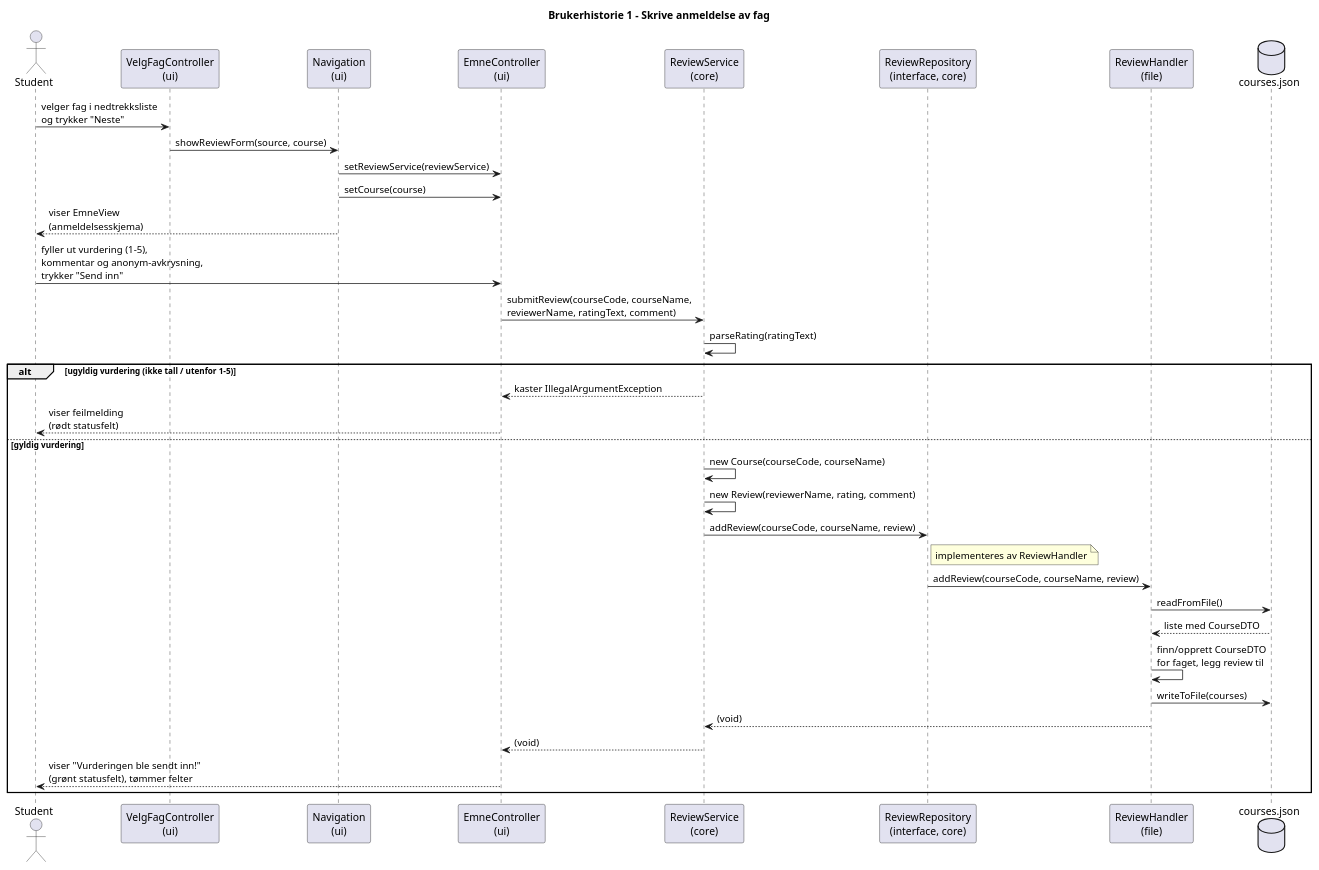
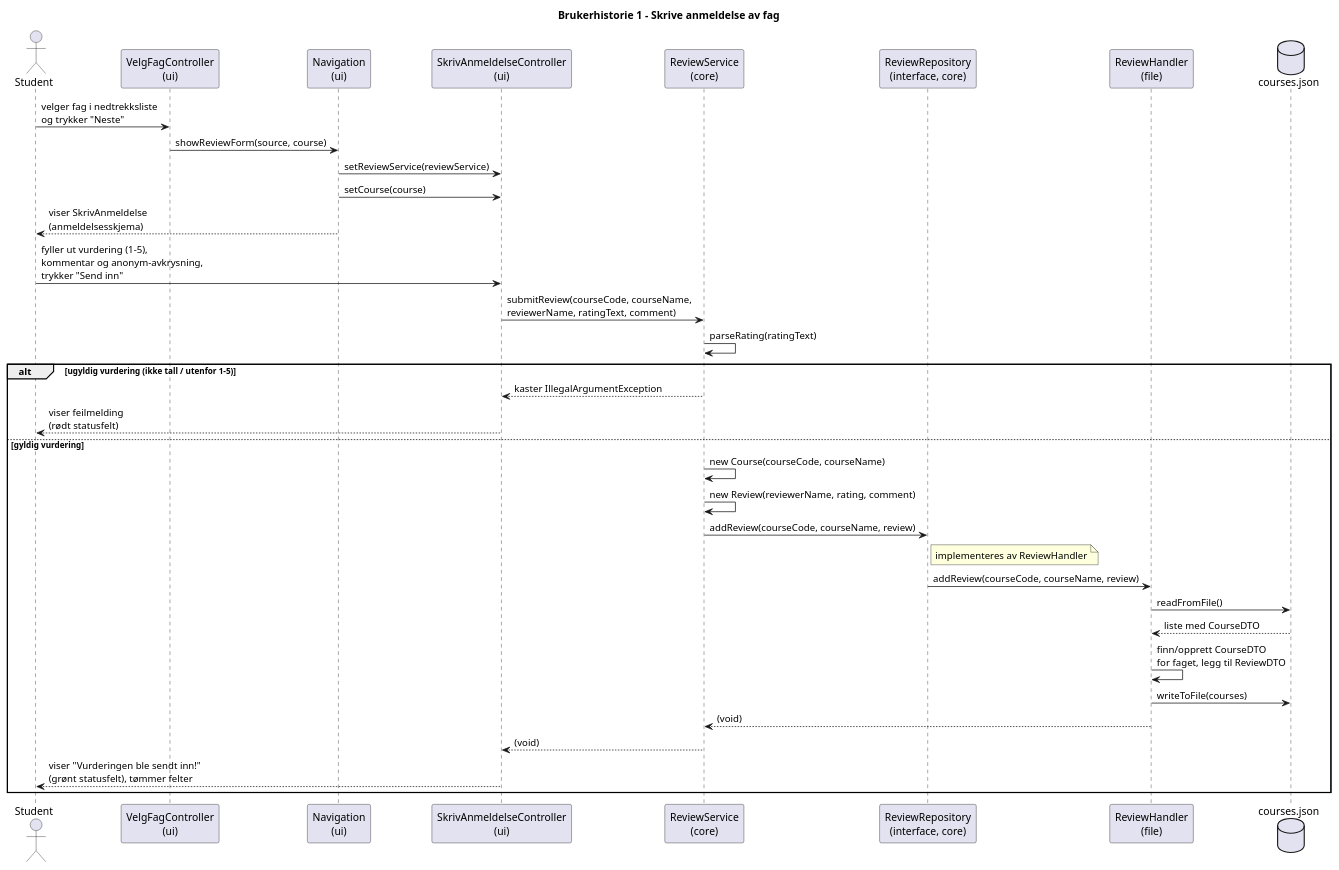
The diagram in arkitektur/brukerhistorie1Sekvensdiagram.puml (JesperBarosen/BIThub), drawn with PlantUML before and after one commit. The commit also changed 3 other files, not shown here.

First line of the commit message:
Oppdater dokumentasjon med SkrivAnmeldelse

```diff
--- a/arkitektur/brukerhistorie1Sekvensdiagram.puml
+++ b/arkitektur/brukerhistorie1Sekvensdiagram.puml
@@ -1,42 +1,42 @@
 @startuml brukerhistorie1_skrive_anmeldelse
 
 title Brukerhistorie 1 - Skrive anmeldelse av fag
 
 actor "Student" as User
 participant "VelgFagController\n(ui)" as SelectC
 participant "Navigation\n(ui)" as Nav
-participant "EmneController\n(ui)" as EmneC
+participant "SkrivAnmeldelseController\n(ui)" as SkrivC
 participant "ReviewService\n(core)" as Service
 participant "ReviewRepository\n(interface, core)" as Repo
 participant "ReviewHandler\n(file)" as Handler
 database "courses.json" as File
 
 User -> SelectC : velger fag i nedtrekksliste\nog trykker "Neste"
 SelectC -> Nav : showReviewForm(source, course)
-Nav -> EmneC : setReviewService(reviewService)
-Nav -> EmneC : setCourse(course)
-Nav --> User : viser EmneView\n(anmeldelsesskjema)
+Nav -> SkrivC : setReviewService(reviewService)
+Nav -> SkrivC : setCourse(course)
+Nav --> User : viser SkrivAnmeldelse\n(anmeldelsesskjema)
 
-User -> EmneC : fyller ut vurdering (1-5),\nkommentar og anonym-avkrysning,\ntrykker "Send inn"
-EmneC -> Service : submitReview(courseCode, courseName,\nreviewerName, ratingText, comment)
+User -> SkrivC : fyller ut vurdering (1-5),\nkommentar og anonym-avkrysning,\ntrykker "Send inn"
+SkrivC -> Service : submitReview(courseCode, courseName,\nreviewerName, ratingText, comment)
 Service -> Service : parseRating(ratingText)
 
 alt ugyldig vurdering (ikke tall / utenfor 1-5)
-    Service --> EmneC : kaster IllegalArgumentException
-    EmneC --> User : viser feilmelding\n(rødt statusfelt)
+    Service --> SkrivC : kaster IllegalArgumentException
+    SkrivC --> User : viser feilmelding\n(rødt statusfelt)
 else gyldig vurdering
     Service -> Service : new Course(courseCode, courseName)
     Service -> Service : new Review(reviewerName, rating, comment)
     Service -> Repo : addReview(courseCode, courseName, review)
     note right of Repo : implementeres av ReviewHandler
     Repo -> Handler : addReview(courseCode, courseName, review)
     Handler -> File : readFromFile()
     File --> Handler : liste med CourseDTO
-    Handler -> Handler : finn/opprett CourseDTO\nfor faget, legg review til
+    Handler -> Handler : finn/opprett CourseDTO\nfor faget, legg til ReviewDTO
     Handler -> File : writeToFile(courses)
     Handler --> Service : (void)
-    Service --> EmneC : (void)
-    EmneC --> User : viser "Vurderingen ble sendt inn!"\n(grønt statusfelt), tømmer felter
+    Service --> SkrivC : (void)
+    SkrivC --> User : viser "Vurderingen ble sendt inn!"\n(grønt statusfelt), tømmer felter
 end
 
 @enduml
```
